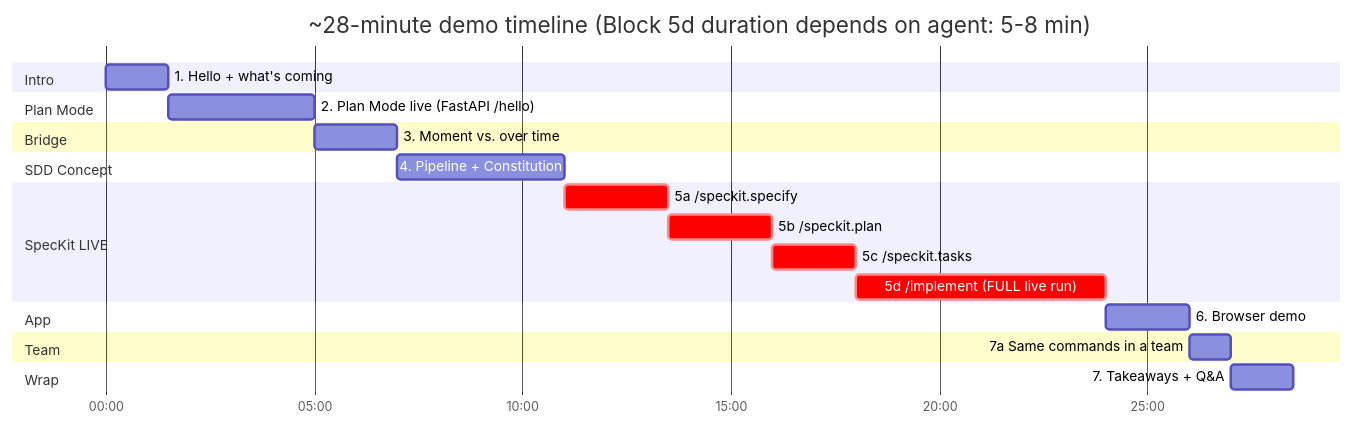
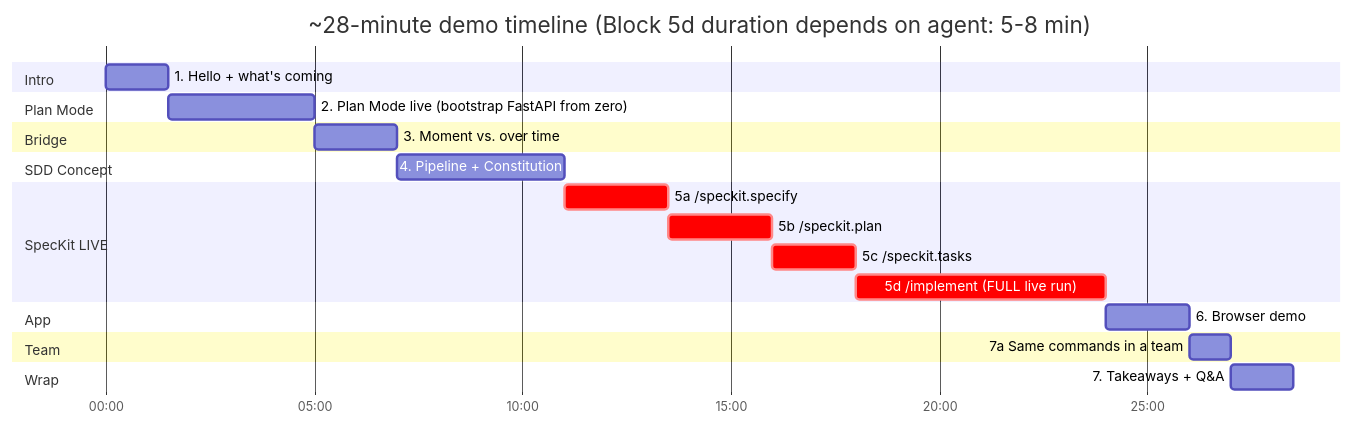
The first of 3 diagrams in 01-demo-script.md (jeffrey-groneberg/sdd_demo), drawn with Mermaid before and after one commit. The commit also changed other lines of this file and 4 other files, not shown here.

````diff
--- a/01-demo-script.md
+++ b/01-demo-script.md
@@ -7,33 +7,33 @@
 ```mermaid
 gantt
     title ~28-minute demo timeline (Block 5d duration depends on agent: 5-8 min)
     dateFormat mm:ss
     axisFormat %M:%S
 
     section Intro
     1. Hello + what's coming           :b1, 00:00, 90s
 
     section Plan Mode
-    2. Plan Mode live (FastAPI /hello) :b2, after b1, 210s
+    2. Plan Mode live (bootstrap FastAPI from zero) :b2, after b1, 210s
 
     section Bridge
     3. Moment vs. over time            :b3, after b2, 120s
 
     section SDD Concept
     4. Pipeline + Constitution         :b4, after b3, 240s
 
     section SpecKit LIVE
     5a /speckit.specify                :crit, b5a, after b4, 150s
     5b /speckit.plan                   :crit, b5b, after b5a, 150s
     5c /speckit.tasks                  :crit, b5c, after b5b, 120s
     5d /implement (FULL live run)      :crit, b5d, after b5c, 360s
 
     section App
     6. Browser demo                    :b6, after b5d, 120s
 
     section Team
     7a Same commands in a team        :b7a, after b6, 60s
 
     section Wrap
     7. Takeaways + Q&A                 :b7, after b7a, 90s
 ```
````
